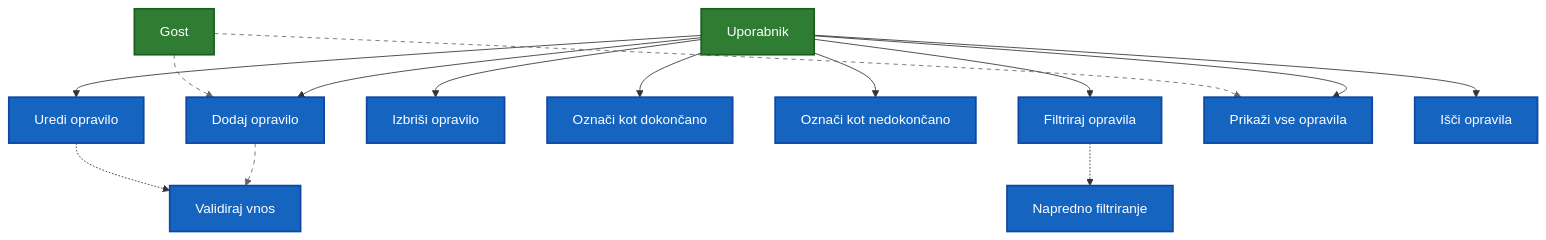
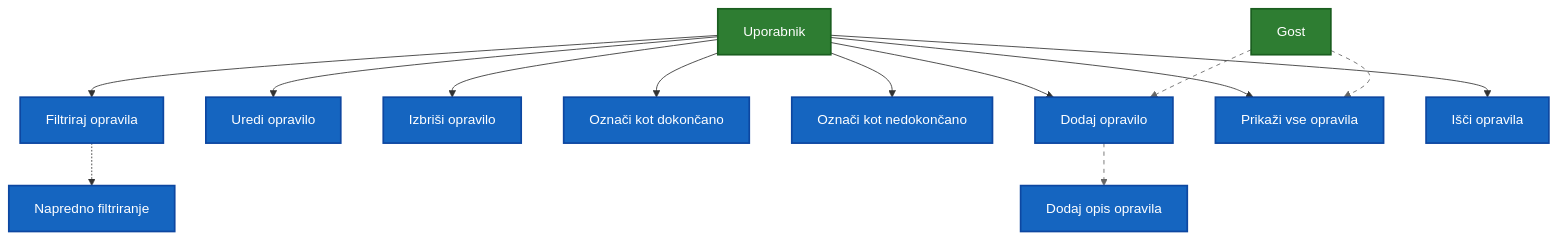
Before and after one commit to utro007/todo-app: the diagram in README.md, drawn with Mermaid.

````diff
--- a/README.md
+++ b/README.md
@@ -140,49 +140,48 @@
 ```mermaid
 graph TD
     %% Actors
     A1[Uporabnik]
     A2[Gost]
     
     %% Use Cases
     B1[Dodaj opravilo]
     B2[Uredi opravilo]
     B3[Izbriši opravilo]
     B4[Označi kot dokončano]
     B5[Označi kot nedokončano]
     B6[Filtriraj opravila]
     B7[Prikaži vse opravila]
     B8[Išči opravila]
-    B9[Validiraj vnos]
+    B9[Dodaj opis opravila]
     B10[Napredno filtriranje]
     
     %% Relationships
     A1 --> B1
     A1 --> B2
     A1 --> B3
     A1 --> B4
     A1 --> B5
     A1 --> B6
     A1 --> B7
     A1 --> B8
     
     A2 --> B1
     A2 --> B7
     
     %% Include relationships
     B1 -.-> B9
-    B2 -.-> B9
     
     %% Extend relationship
     B6 -.-> B10
     
     %% Styling - improved colors for better readability
     classDef actor fill:#2E7D32,stroke:#1B5E20,stroke-width:2px,color:#ffffff
     classDef useCase fill:#1565C0,stroke:#0D47A1,stroke-width:2px,color:#ffffff
     classDef include fill:#fff,stroke:#666,stroke-dasharray: 5 5,color:#000000
     classDef extend fill:#fff,stroke:#666,stroke-dasharray: 5 5,color:#000000
     
     class A1,A2 actor
     class B1,B2,B3,B4,B5,B6,B7,B8,B9,B10 useCase
     linkStyle 8,9 stroke:#666,stroke-dasharray: 5 5
     linkStyle 10 stroke:#666,stroke-dasharray: 5 5
 ```
````
